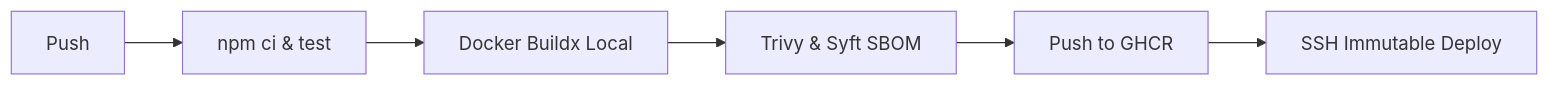
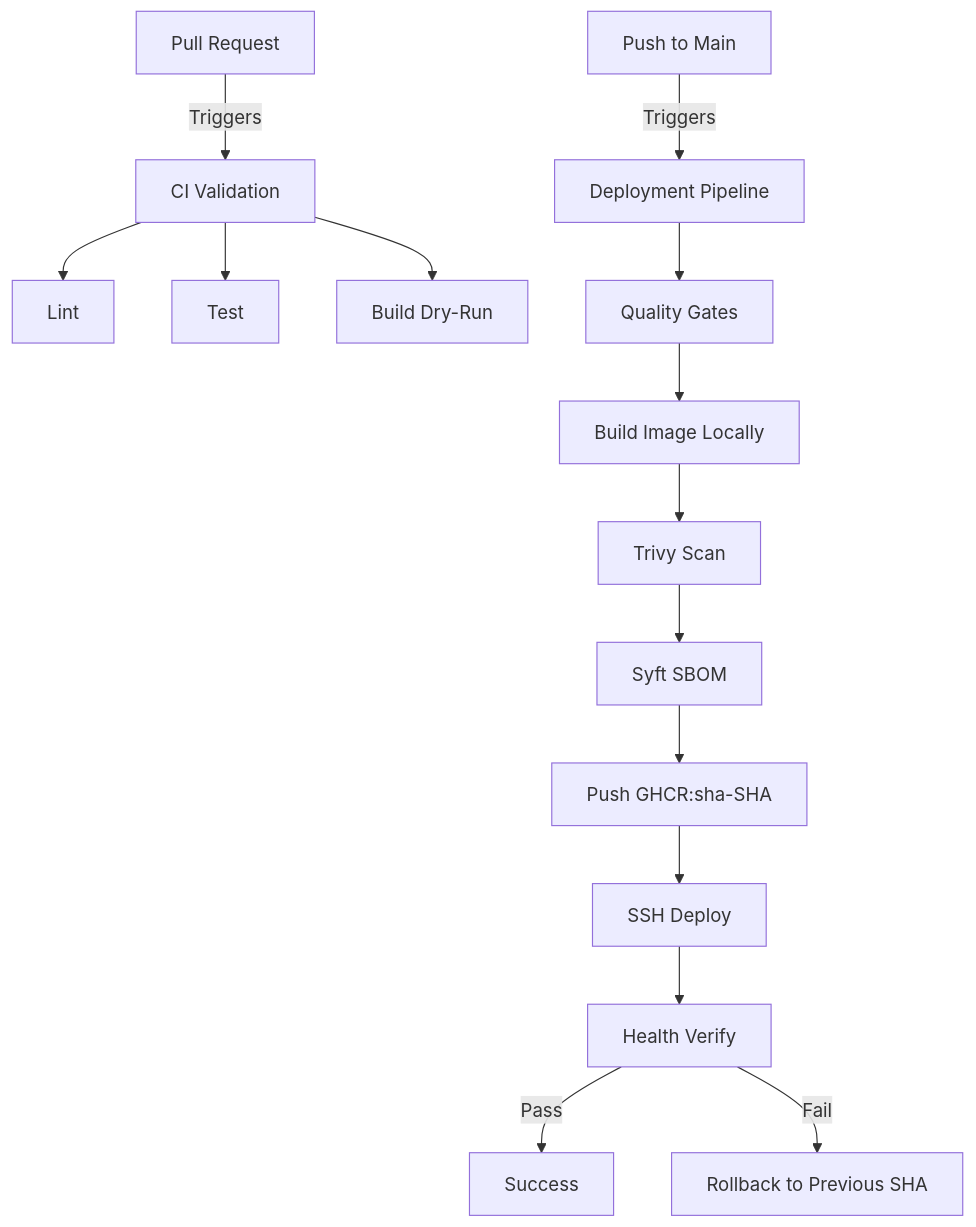
One commit to nurekowser01/devops-github-actions changed the diagram in README.md. Above: the diagram before and after it, drawn with Mermaid. The commit also changed other lines of this file and 20 other files, not shown here.

Commit message:
feat: engineer CI/CD pipeline with strict artifact integrity, Trivy, Syft, and automated rollback

````diff
--- a/README.md
+++ b/README.md
@@ -10,8 +9,18 @@
 ```mermaid
-flowchart LR
-    Push --> Test[npm ci & test]
-    Test --> Build[Docker Buildx Local]
-    Build --> Scan[Trivy & Syft SBOM]
-    Scan --> PushImage[Push to GHCR]
-    PushImage --> Deploy[SSH Immutable Deploy]
+graph TD
+    PR[Pull Request] -->|Triggers| CI[CI Validation]
+    CI --> Lint
+    CI --> Test
+    CI --> BuildDryRun[Build Dry-Run]
+
+    Main[Push to Main] -->|Triggers| Pipe[Deployment Pipeline]
+    Pipe --> Gates[Quality Gates]
+    Gates --> Build[Build Image Locally]
+    Build --> Scan[Trivy Scan]
+    Scan --> SBOM[Syft SBOM]
+    SBOM --> Push[Push GHCR:sha-SHA]
+    Push --> Deploy[SSH Deploy]
+    Deploy --> Verify[Health Verify]
+    Verify -->|Pass| Success
+    Verify -->|Fail| Rollback[Rollback to Previous SHA]
 ```
````
